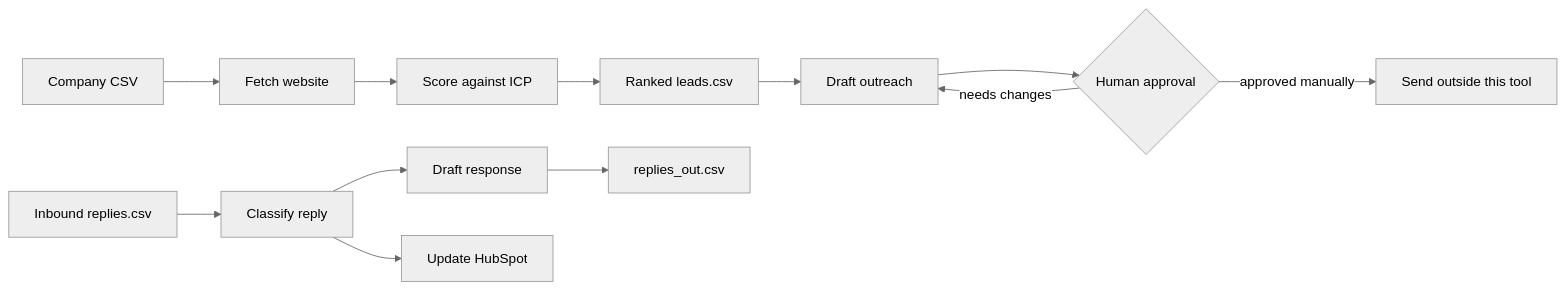
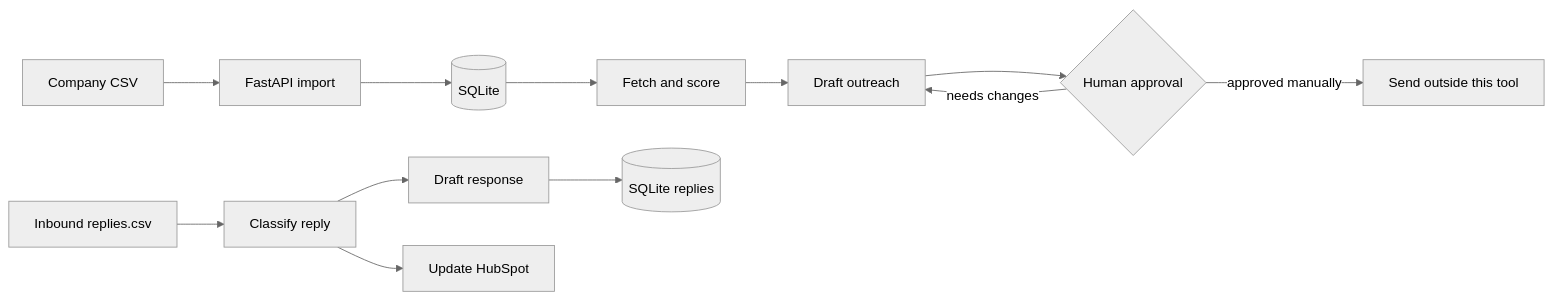
One commit to LokeshShrestha/mini-outbound-engine changed the diagram in README.md. Above: the diagram before and after it, drawn with Mermaid (neutral theme). The commit also changed other lines of this file and 5 other files, not shown here.

````diff
--- a/README.md
+++ b/README.md
@@ -31,14 +43,14 @@
 ```mermaid
 flowchart LR
-    A[Company CSV] --> B[Fetch website]
-    B --> C[Score against ICP]
-    C --> D[Ranked leads.csv]
+    A[Company CSV] --> B[FastAPI import]
+    B --> C[(SQLite)]
+    C --> D[Fetch and score]
     D --> E[Draft outreach]
     E --> F{Human approval}
     F -->|approved manually| G[Send outside this tool]
     F -->|needs changes| E
     H[Inbound replies.csv] --> I[Classify reply]
     I --> J[Draft response]
     I --> K[Update HubSpot]
-    J --> L[replies_out.csv]
+    J --> L[(SQLite replies)]
 ```
````
